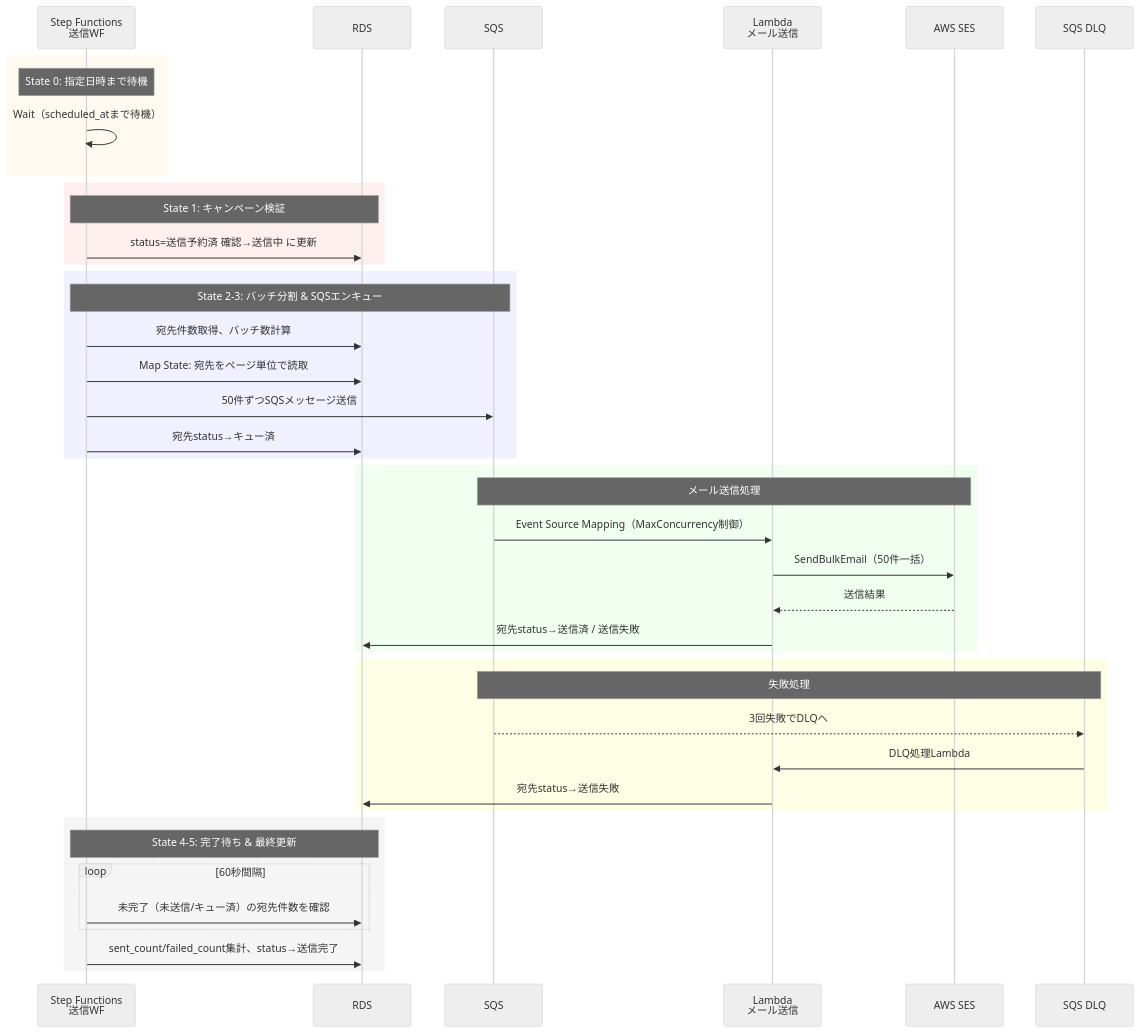
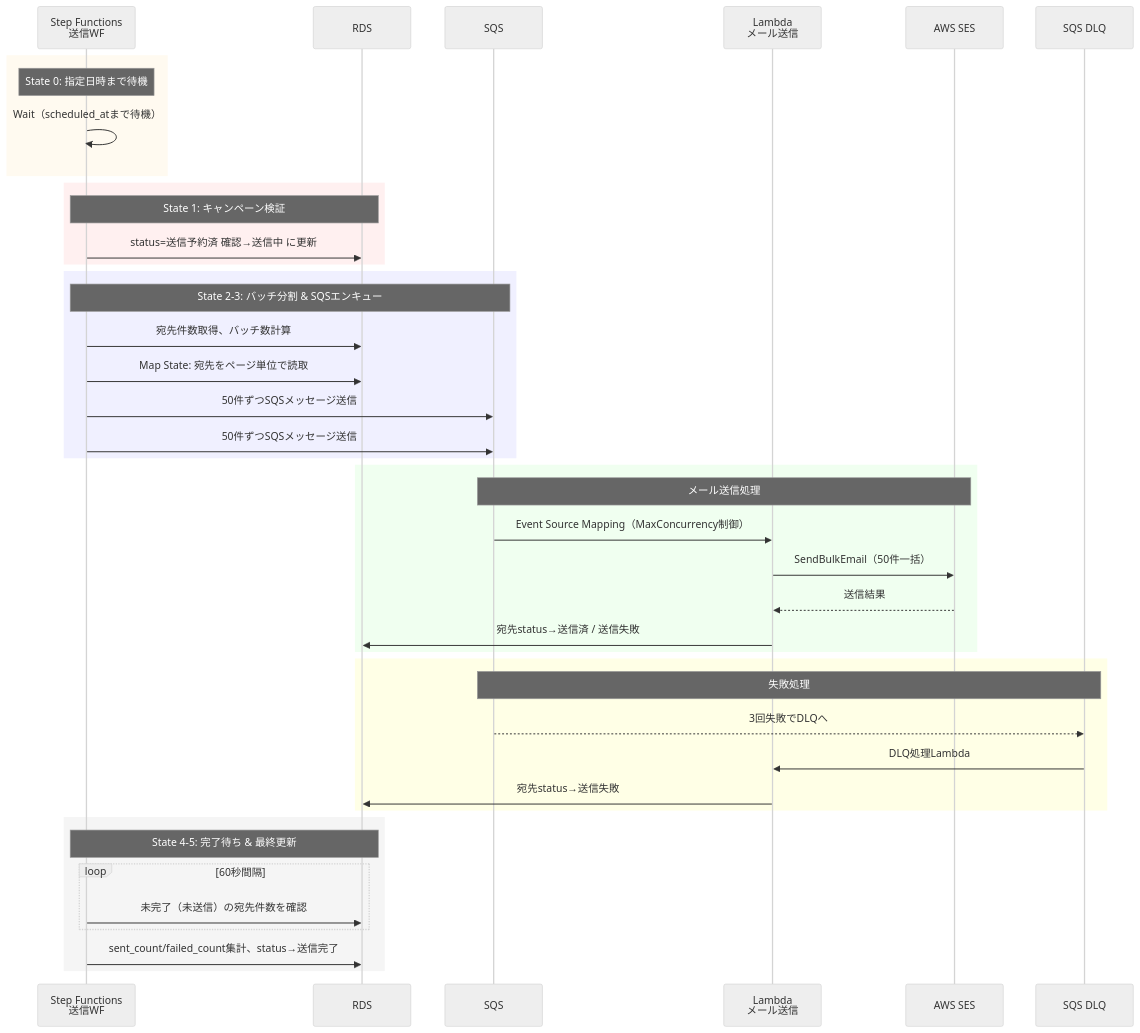
One commit to muratariku0903/mass-emailing changed the first of 3 diagrams in docs/03-sending-flow.md. Above: the diagram before and after it, drawn with Mermaid (neutral theme). The commit also changed other lines of this file and 2 other files, not shown here.

Commit message:
宛先ステータスからキュー済を廃止
未送信・送信済・送信失敗の3ステータスに簡略化。
SQSエンキュー時のステータス更新を不要にし、
送信Lambda側でSES送信後に直接ステータスを更新する方式に変更。

````diff
--- a/docs/03-sending-flow.md
+++ b/docs/03-sending-flow.md
@@ -10,50 +10,50 @@
 ```mermaid
 sequenceDiagram
     participant SFn as Step Functions<br/>送信WF
     participant RDS
     participant SQS
     participant Lambda as Lambda<br/>メール送信
     participant SES as AWS SES
     participant DLQ as SQS DLQ
 
     rect rgb(255, 250, 240)
     Note over SFn: State 0: 指定日時まで待機
     SFn->>SFn: Wait（scheduled_atまで待機）
     end
 
     rect rgb(255, 240, 240)
     Note over SFn, RDS: State 1: キャンペーン検証
     SFn->>RDS: status=送信予約済 確認→送信中 に更新
     end
 
     rect rgb(240, 240, 255)
     Note over SFn, SQS: State 2-3: バッチ分割 & SQSエンキュー
     SFn->>RDS: 宛先件数取得、バッチ数計算
     SFn->>RDS: Map State: 宛先をページ単位で読取
     SFn->>SQS: 50件ずつSQSメッセージ送信
-    SFn->>RDS: 宛先status→キュー済
+    SFn->>SQS: 50件ずつSQSメッセージ送信
     end
 
     rect rgb(240, 255, 240)
     Note over SQS, SES: メール送信処理
     SQS->>Lambda: Event Source Mapping（MaxConcurrency制御）
     Lambda->>SES: SendBulkEmail（50件一括）
     SES-->>Lambda: 送信結果
     Lambda->>RDS: 宛先status→送信済 / 送信失敗
     end
 
     rect rgb(255, 255, 230)
     Note over SQS, DLQ: 失敗処理
     SQS-->>DLQ: 3回失敗でDLQへ
     DLQ->>Lambda: DLQ処理Lambda
     Lambda->>RDS: 宛先status→送信失敗
     end
 
     rect rgb(245, 245, 245)
     Note over SFn, RDS: State 4-5: 完了待ち & 最終更新
     loop 60秒間隔
-        SFn->>RDS: 未完了（未送信/キュー済）の宛先件数を確認
+        SFn->>RDS: 未完了（未送信）の宛先件数を確認
     end
     SFn->>RDS: sent_count/failed_count集計、status→送信完了
     end
 ```
````
